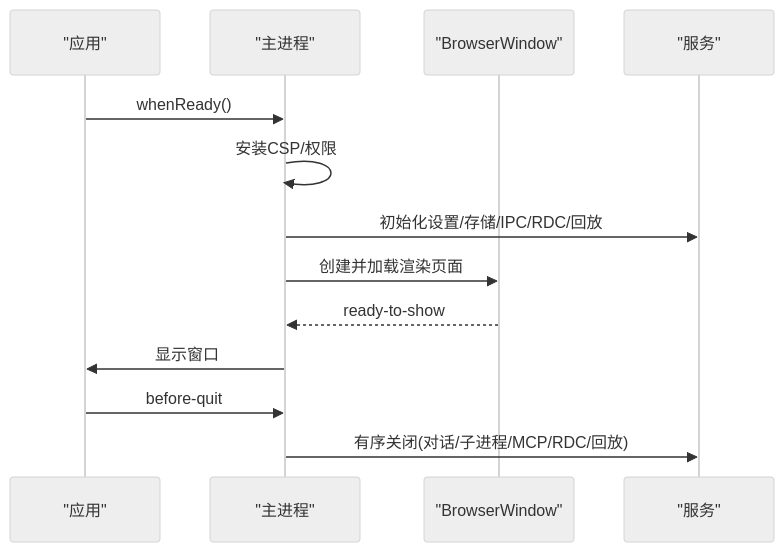
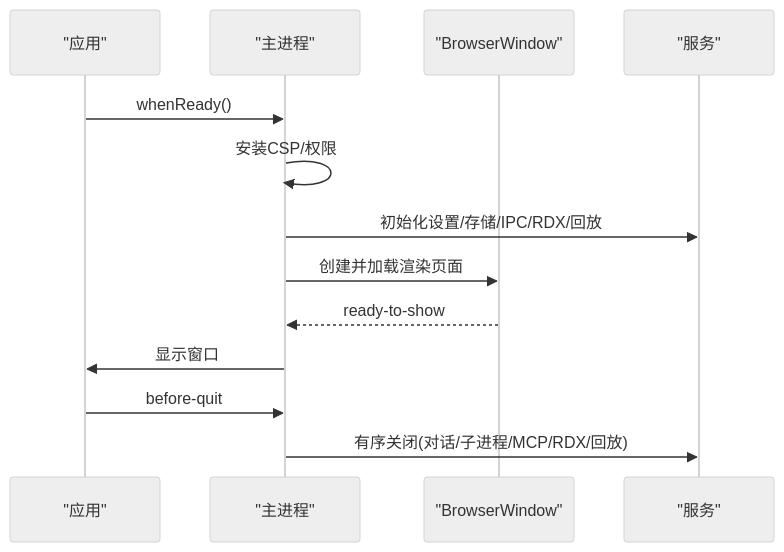
One commit to haolange/RDC-Agent changed the third of 8 diagrams in .qoder/repowiki/zh/content/项目概述.md. Above: the diagram before and after it, drawn with Mermaid (neutral theme). The commit also changed other lines of this file and 150 other files, not shown here.

````diff
--- a/.qoder/repowiki/zh/content/项目概述.md
+++ b/.qoder/repowiki/zh/content/项目概述.md
@@ -130,15 +128,15 @@
 ```mermaid
 sequenceDiagram
 participant App as "应用"
 participant Main as "主进程"
 participant Win as "BrowserWindow"
 participant Svc as "服务"
 App->>Main : whenReady()
 Main->>Main : 安装CSP/权限
-Main->>Svc : 初始化设置/存储/IPC/RDC/回放
+Main->>Svc : 初始化设置/存储/IPC/RDX/回放
 Main->>Win : 创建并加载渲染页面
 Win-->>Main : ready-to-show
 Main->>App : 显示窗口
 App->>Main : before-quit
-Main->>Svc : 有序关闭(对话/子进程/MCP/RDC/回放)
+Main->>Svc : 有序关闭(对话/子进程/MCP/RDX/回放)
 ```
````
